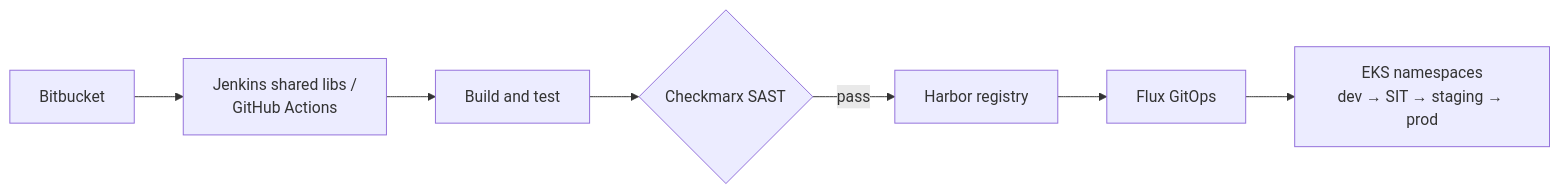
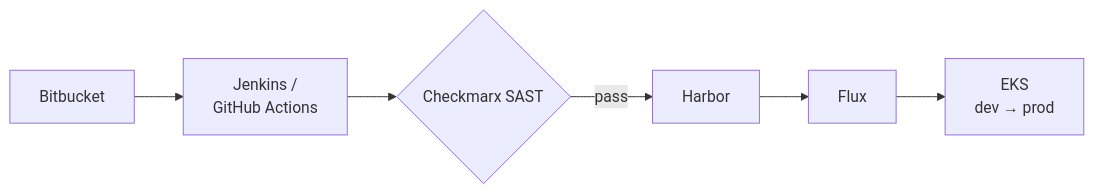
One commit to chanupen/chanupen changed the second of 3 diagrams in README.md. Above: the diagram before and after it, drawn with Mermaid. The commit also changed other lines of this file and 2 other files, not shown here.

````diff
--- a/README.md
+++ b/README.md
@@ -82,9 +72,8 @@
 ```mermaid
 flowchart LR
-    A[Bitbucket] --> B["Jenkins shared libs /<br/>GitHub Actions"]
-    B --> C[Build and test]
-    C --> D{Checkmarx SAST}
-    D -->|pass| E[Harbor registry]
-    E --> F["Flux GitOps"]
-    F --> G["EKS namespaces<br/>dev → SIT → staging → prod"]
+    A[Bitbucket] --> B["Jenkins /<br/>GitHub Actions"]
+    B --> C{Checkmarx SAST}
+    C -->|pass| D[Harbor]
+    D --> E[Flux]
+    E --> F["EKS<br/>dev → prod"]
 ```
````
